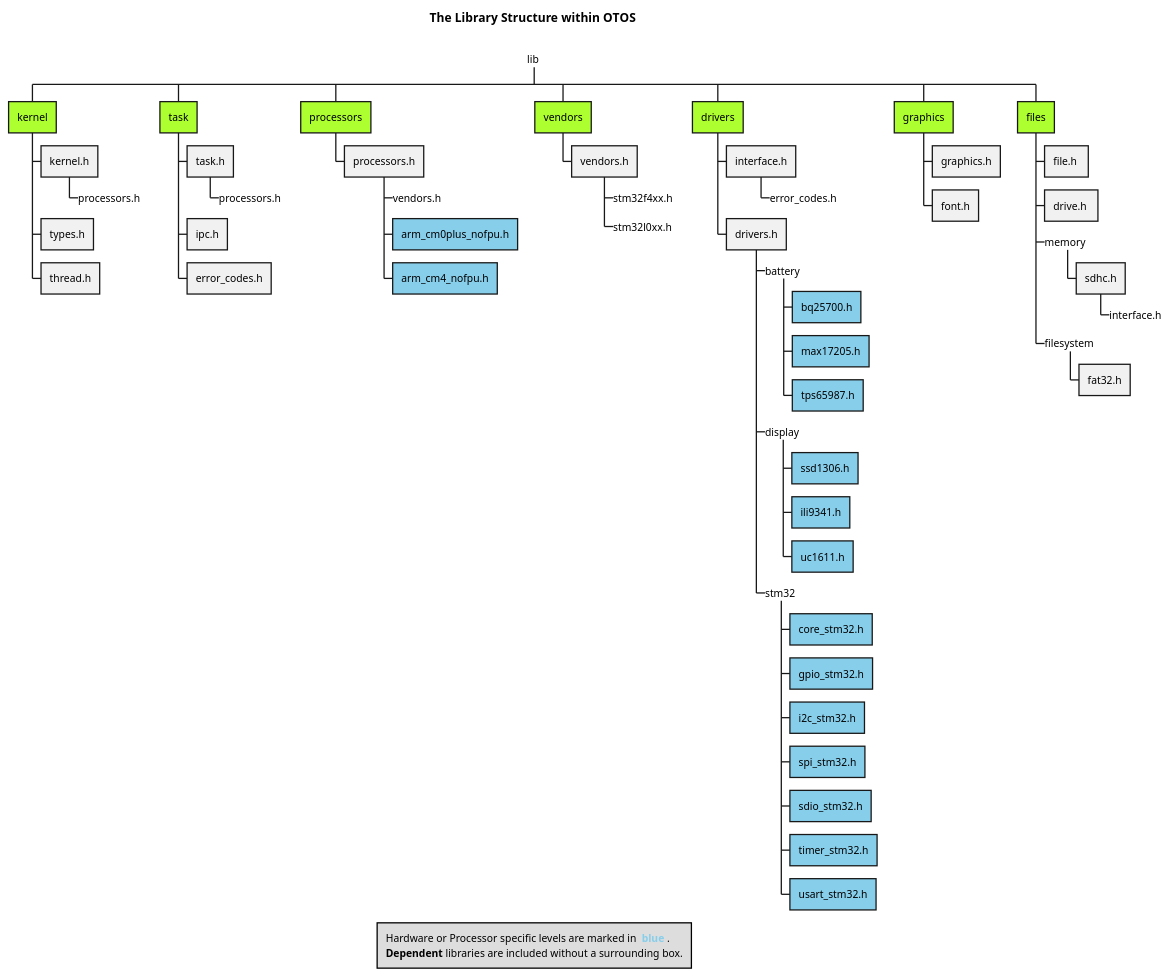
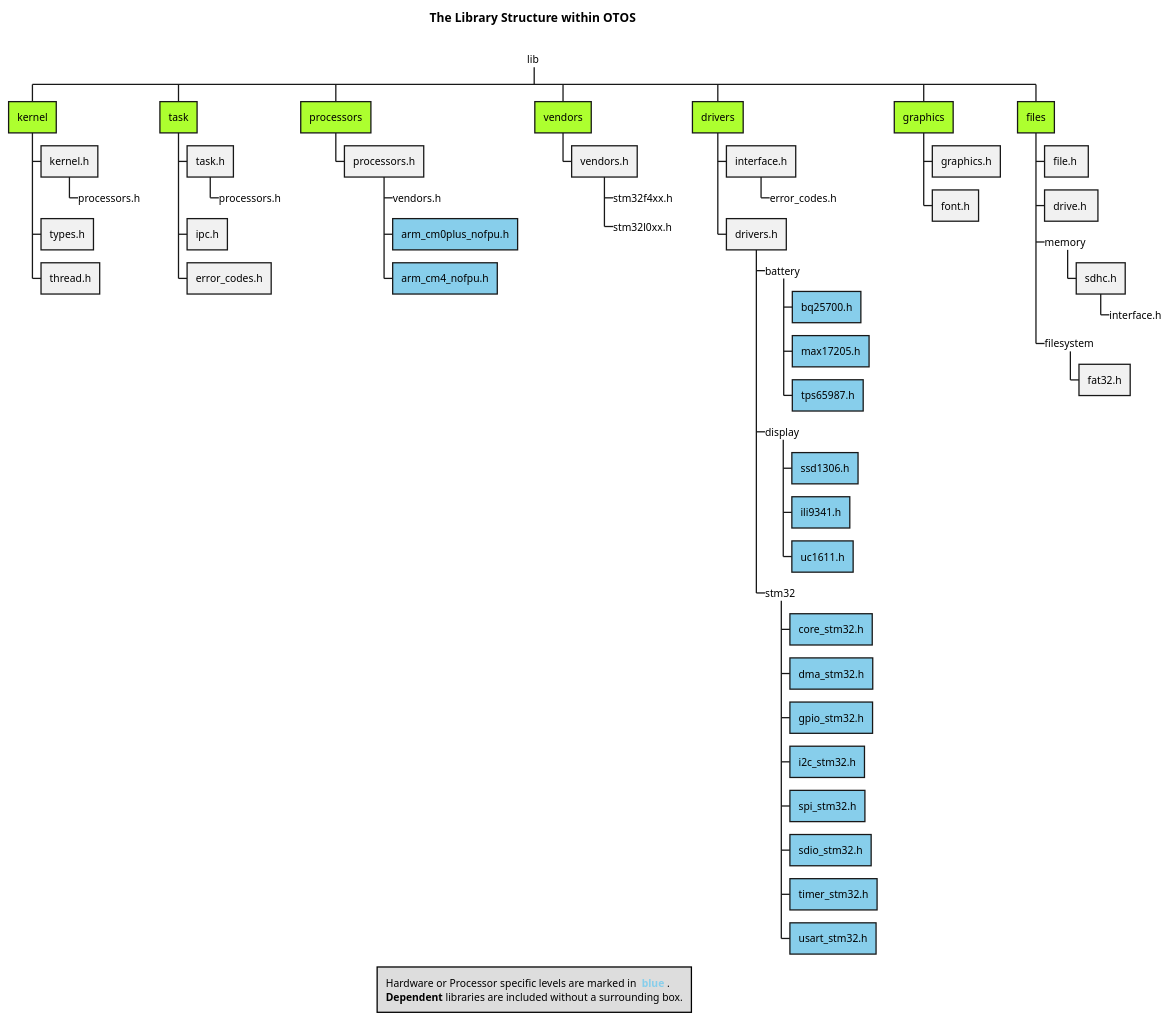
Before and after one commit to SebastianOberschwendtner/OTOS: the diagram in doc/UML/WBS_LibStructure.puml, drawn with PlantUML. The commit also changed 9 other files, not shown here.

```diff
--- a/doc/UML/WBS_LibStructure.puml
+++ b/doc/UML/WBS_LibStructure.puml
@@ -1,72 +1,73 @@
 @startwbs WBS_LibStructure
 title The Library Structure within **OTOS** \n
 legend Hardware or Processor specific levels are marked in **<color #SkyBlue> blue </color>**.\n<b>Dependent</b> libraries are included without a surrounding box.
 
 *_ lib
 
 ' === Kernel ===
 **[#GreenYellow] kernel
 *** kernel.h
 ****_ processors.h
 ' *** schedule.h
 *** types.h
 *** thread.h
 
 ' === Task ===
 **[#GreenYellow] task
 *** task.h
 ****_ processors.h
 *** ipc.h
 *** error_codes.h
 
 ' === Processors ===
 **[#GreenYellow] processors
 *** processors.h
 ****_ vendors.h
 ****[#SkyBlue] arm_cm0plus_nofpu.h
 ****[#SkyBlue] arm_cm4_nofpu.h
 
 ' === Vendors ===
 **[#GreenYellow] vendors
 *** vendors.h
 ****_ stm32f4xx.h
 ****_ stm32l0xx.h
 
 ' === Drivers ===
 **[#GreenYellow] drivers
 *** interface.h
 ****_ error_codes.h
 *** drivers.h
 ****_ battery
 *****[#SkyBlue] bq25700.h
 *****[#SkyBlue] max17205.h
 *****[#SkyBlue] tps65987.h
 ****_ display
 *****[#SkyBlue] ssd1306.h
 *****[#SkyBlue] ili9341.h
 *****[#SkyBlue] uc1611.h
 ****_ stm32
 *****[#SkyBlue] core_stm32.h
+*****[#SkyBlue] dma_stm32.h
 *****[#SkyBlue] gpio_stm32.h
 *****[#SkyBlue] i2c_stm32.h
 *****[#SkyBlue] spi_stm32.h
 *****[#SkyBlue] sdio_stm32.h
 *****[#SkyBlue] timer_stm32.h
 *****[#SkyBlue] usart_stm32.h
 
 ' === Graphics ===
 **[#GreenYellow] graphics
 *** graphics.h
 *** font.h
 
 ' === Files ===
 **[#GreenYellow] files
 *** file.h 
 *** drive.h 
 ***_ memory 
 **** sdhc.h
 *****_ interface.h
 ***_ filesystem
 **** fat32.h
 
 @endwbs
```
